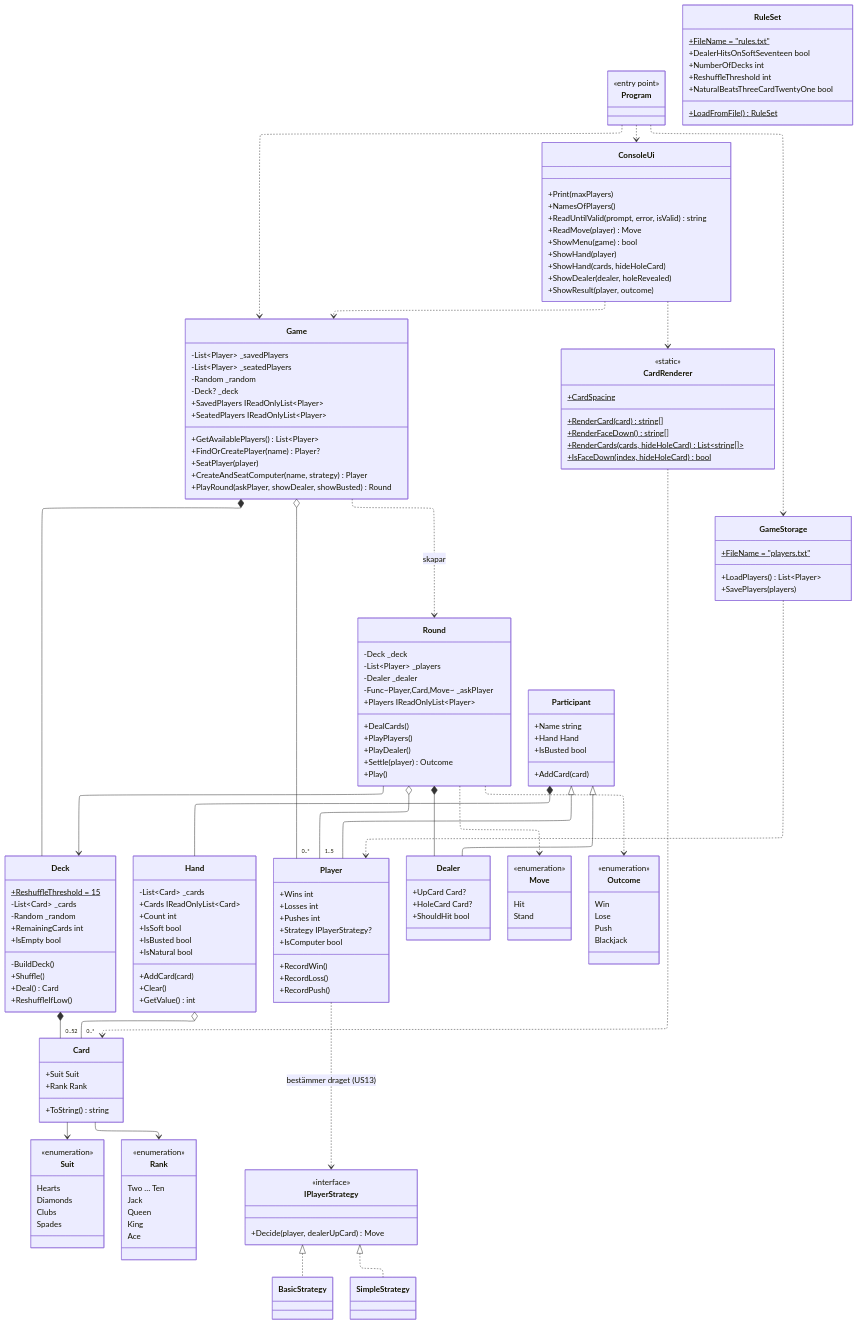
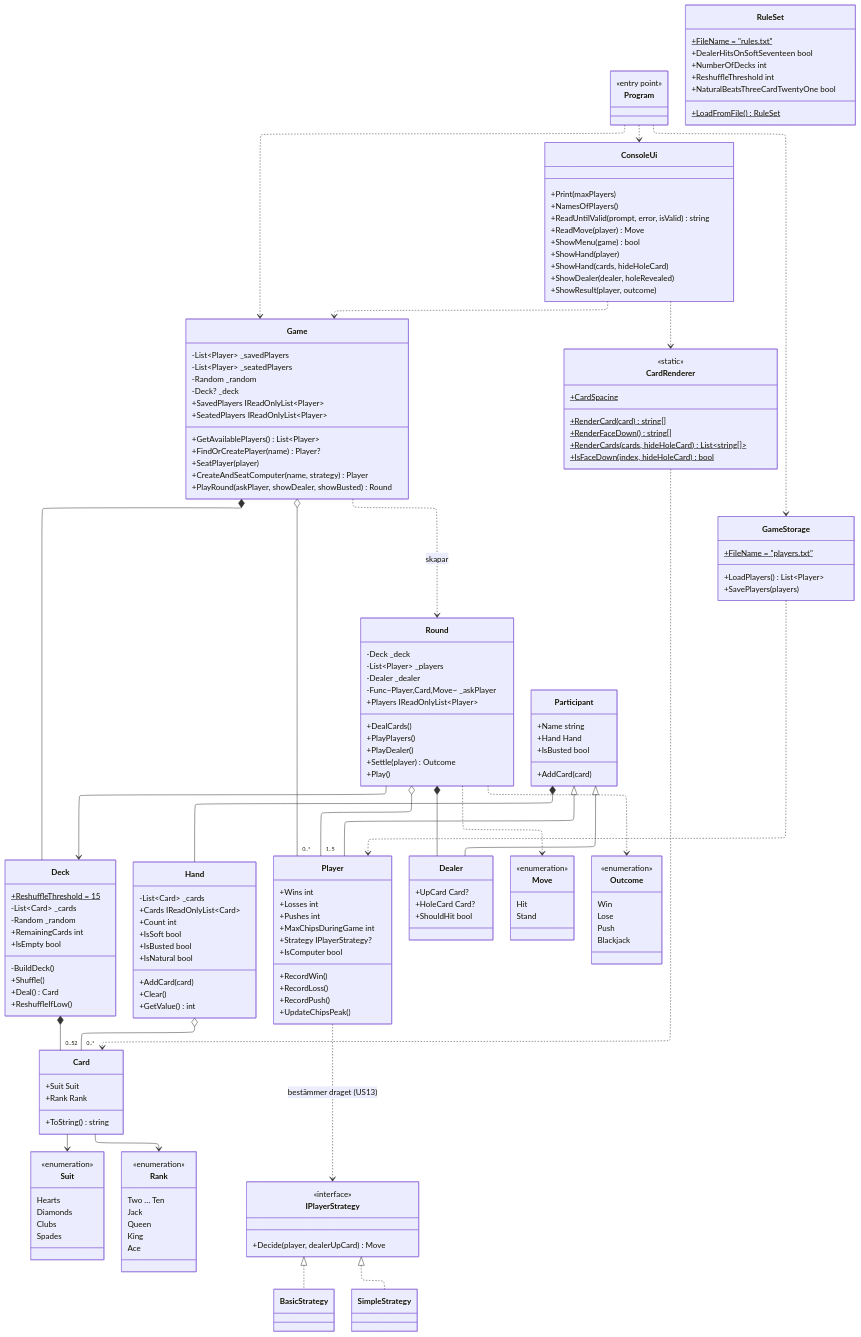
Before and after one commit to Worm-07/Blackjack: the diagram in docs/klassdiagram.mmd, drawn with Mermaid. The commit also changed 11 other files, not shown here.

```diff
--- a/docs/klassdiagram.mmd
+++ b/docs/klassdiagram.mmd
@@ -1,194 +1,196 @@
 ---
 config:
   layout: elk
 ---
 classDiagram
     direction TB
 
     class Program {
         <<entry point>>
     }
 
     class Game {
         -List~Player~ _savedPlayers
         -List~Player~ _seatedPlayers
         -Random _random
         -Deck? _deck
         +SavedPlayers IReadOnlyList~Player~
         +SeatedPlayers IReadOnlyList~Player~
         +GetAvailablePlayers() List~Player~
         +FindOrCreatePlayer(name) Player?
         +SeatPlayer(player)
         +CreateAndSeatComputer(name, strategy) Player
         +PlayRound(askPlayer, showDealer, showBusted) Round
     }
 
     class Round {
         -Deck _deck
         -List~Player~ _players
         -Dealer _dealer
         -Func~Player,Card,Move~ _askPlayer
         +Players IReadOnlyList~Player~
         +DealCards()
         +PlayPlayers()
         +PlayDealer()
         +Settle(player) Outcome
         +Play()
     }
 
     class Deck {
         +ReshuffleThreshold = 15$
         -List~Card~ _cards
         -Random _random
         +RemainingCards int
         +IsEmpty bool
         -BuildDeck()
         +Shuffle()
         +Deal() Card
         +ReshuffleIfLow()
     }
 
     class Card {
         +Suit Suit
         +Rank Rank
         +ToString() string
     }
 
     class Suit {
         <<enumeration>>
         Hearts
         Diamonds
         Clubs
         Spades
     }
 
     class Rank {
         <<enumeration>>
         Two … Ten
         Jack
         Queen
         King
         Ace
     }
 
     class Hand {
         -List~Card~ _cards
         +Cards IReadOnlyList~Card~
         +Count int
         +AddCard(card)
         +Clear()
         +GetValue() int
         +IsSoft bool
         +IsBusted bool
         +IsNatural bool
     }
 
     class Participant {
         +Name string
         +Hand Hand
         +AddCard(card)
         +IsBusted bool
     }
 
     class Player {
         +Wins int
         +Losses int
         +Pushes int
+        +MaxChipsDuringGame int
         +Strategy IPlayerStrategy?
         +IsComputer bool
         +RecordWin()
         +RecordLoss()
         +RecordPush()
+        +UpdateChipsPeak()
     }
 
     class Dealer {
         +UpCard Card?
         +HoleCard Card?
         +ShouldHit bool
     }
 
     class Move {
         <<enumeration>>
         Hit
         Stand
     }
 
     class Outcome {
         <<enumeration>>
         Win
         Lose
         Push
         Blackjack
     }
 
     class GameStorage {
         +FileName = "players.txt"$
         +LoadPlayers() List~Player~
         +SavePlayers(players)
     }
 
     class ConsoleUi {
         +Print(maxPlayers)
         +NamesOfPlayers()
         +ReadUntilValid(prompt, error, isValid) string
         +ReadMove(player) Move
         +ShowMenu(game) bool
         +ShowHand(player)
         +ShowHand(cards, hideHoleCard)
         +ShowDealer(dealer, holeRevealed)
         +ShowResult(player, outcome)
     }
 
     class CardRenderer {
         <<static>>
         +CardSpacing$
         +RenderCard(card)$ string[]
         +RenderFaceDown()$ string[]
         +RenderCards(cards, hideHoleCard)$ List~string[]~
         +IsFaceDown(index, hideHoleCard)$ bool
     }
 
     class RuleSet {
         +FileName = "rules.txt"$
         +DealerHitsOnSoftSeventeen bool
         +NumberOfDecks int
         +ReshuffleThreshold int
         +NaturalBeatsThreeCardTwentyOne bool
         +LoadFromFile()$ RuleSet
     }
 
     class IPlayerStrategy {
         <<interface>>
         +Decide(player, dealerUpCard) Move
     }
     class BasicStrategy
     class SimpleStrategy
 
     Participant <|-- Player
     Participant <|-- Dealer
     IPlayerStrategy <|.. BasicStrategy
     IPlayerStrategy <|.. SimpleStrategy
     Player ..> IPlayerStrategy : bestämmer draget (US13)
 
     Participant *-- Hand
     Hand o-- "0..*" Card
     Deck *-- "0..52" Card
     Card --> Suit
     Card --> Rank
 
     Game o-- "0..*" Player
     Game *-- Deck
     Game ..> Round : skapar
     Round *-- Dealer
     Round o-- "1..5" Player
     Round --> Deck
     Round ..> Move
     Round ..> Outcome
 
     Program ..> Game
     Program ..> ConsoleUi
     Program ..> GameStorage
     GameStorage ..> Player
     ConsoleUi ..> CardRenderer
     ConsoleUi ..> Game
     CardRenderer ..> Card
```
